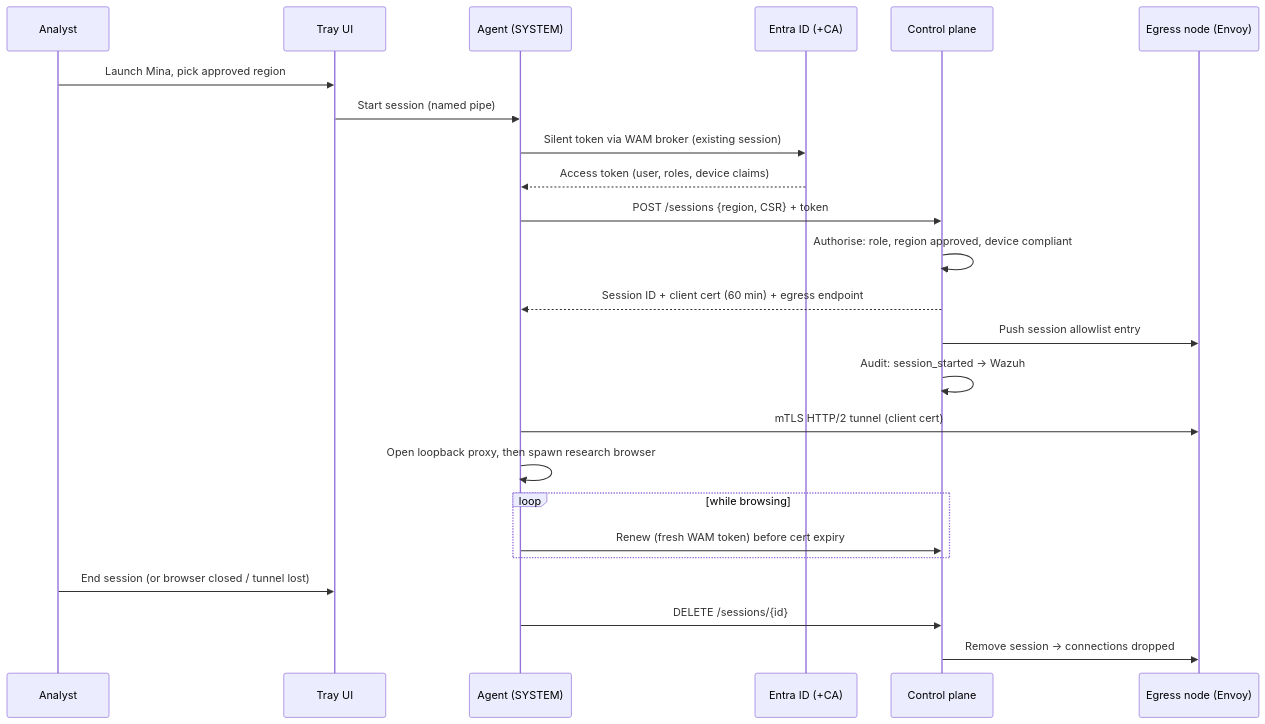
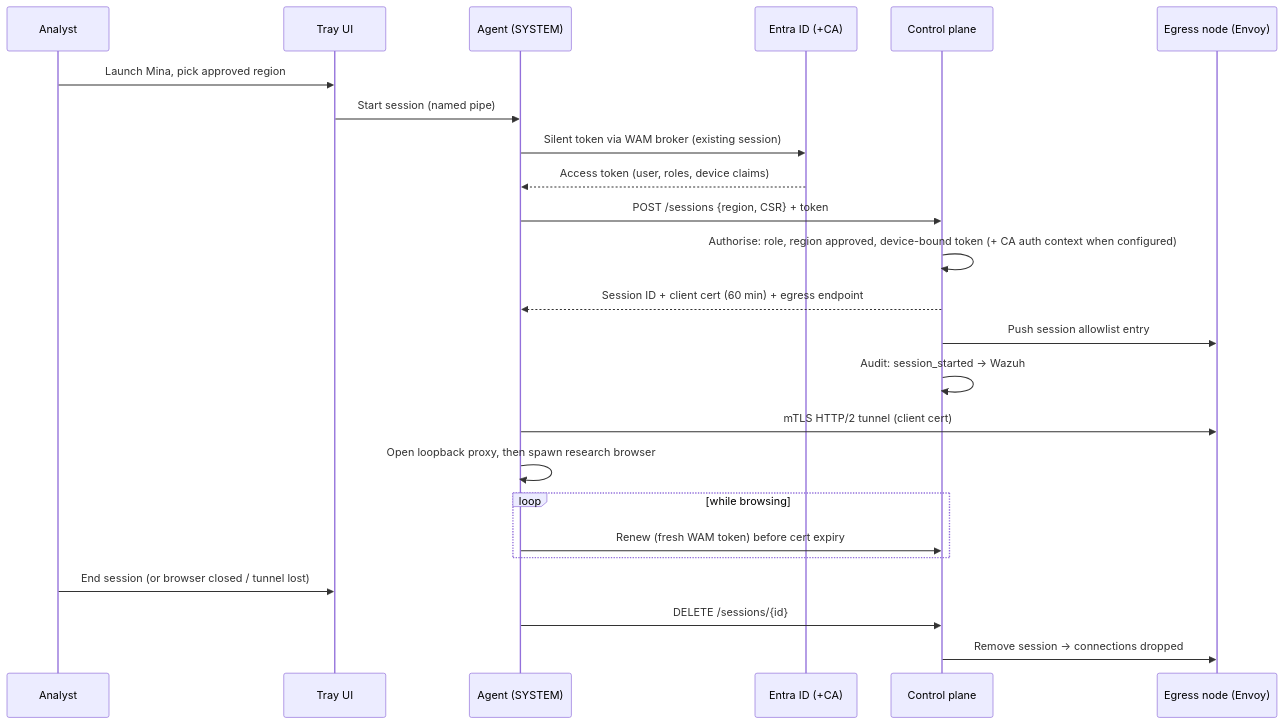
The second of 3 diagrams in docs/ARCHITECTURE.md (norbertbonnici/Mina), drawn with Mermaid before and after one commit. The commit also changed other lines of this file and 25 other files, not shown here.

````diff
--- a/docs/ARCHITECTURE.md
+++ b/docs/ARCHITECTURE.md
@@ -150,26 +176,26 @@
 ```mermaid
 sequenceDiagram
     participant U as Analyst
     participant T as Tray UI
     participant A as Agent (SYSTEM)
     participant E as Entra ID (+CA)
     participant C as Control plane
     participant X as Egress node (Envoy)
     U->>T: Launch Mina, pick approved region
     T->>A: Start session (named pipe)
     A->>E: Silent token via WAM broker (existing session)
     E-->>A: Access token (user, roles, device claims)
     A->>C: POST /sessions {region, CSR} + token
-    C->>C: Authorise: role, region approved, device compliant
+    C->>C: Authorise: role, region approved, device-bound token (+ CA auth context when configured)
     C-->>A: Session ID + client cert (60 min) + egress endpoint
     C->>X: Push session allowlist entry
     C->>C: Audit: session_started → Wazuh
     A->>X: mTLS HTTP/2 tunnel (client cert)
     A->>A: Open loopback proxy, then spawn research browser
     loop while browsing
         A->>C: Renew (fresh WAM token) before cert expiry
     end
     U->>T: End session (or browser closed / tunnel lost)
     A->>C: DELETE /sessions/{id}
     C->>X: Remove session → connections dropped
 ```
````
